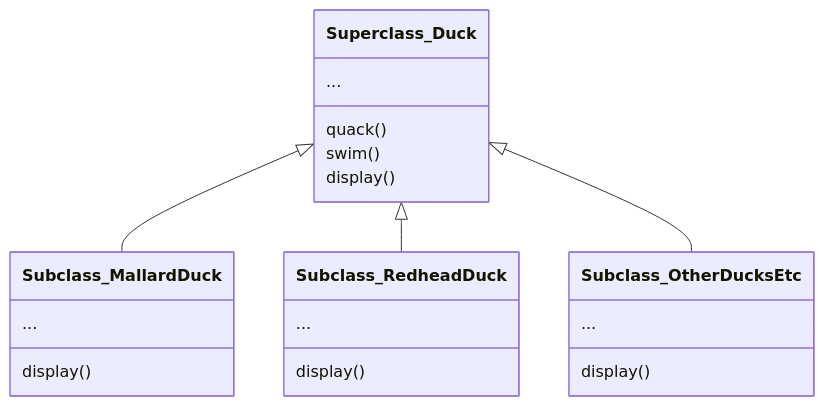
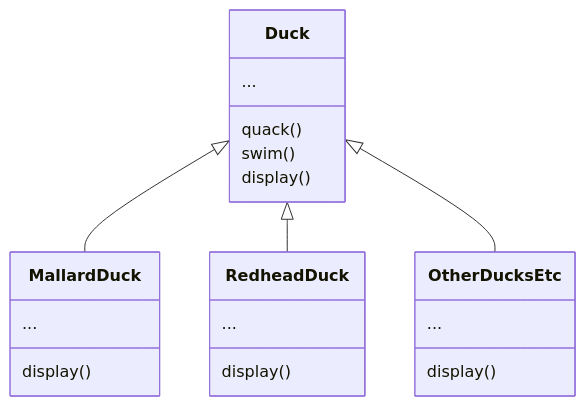
The first of 6 diagrams in 01-intro.md (lisa-lumos/design-patterns), drawn with Mermaid before and after one commit. The commit also changed other lines of this file, not shown here.

````diff
--- a/01-intro.md
+++ b/01-intro.md
@@ -6,24 +6,24 @@
 ```mermaid
 classDiagram
-  Superclass_Duck <|-- Subclass_MallardDuck
-  Superclass_Duck <|-- Subclass_RedheadDuck
-  Superclass_Duck <|-- Subclass_OtherDucksEtc
-  class Superclass_Duck {
+  Duck <|-- MallardDuck
+  Duck <|-- RedheadDuck
+  Duck <|-- OtherDucksEtc
+  class Duck {
     ...
     quack()
     swim()
     display()
   }
-  class Subclass_MallardDuck{
+  class MallardDuck{
     ...
     display()
   }
-  class Subclass_RedheadDuck{
+  class RedheadDuck{
     ...
     display()
   }
-  class Subclass_OtherDucksEtc{
+  class OtherDucksEtc{
     ...
     display()
   }
 ```
````
